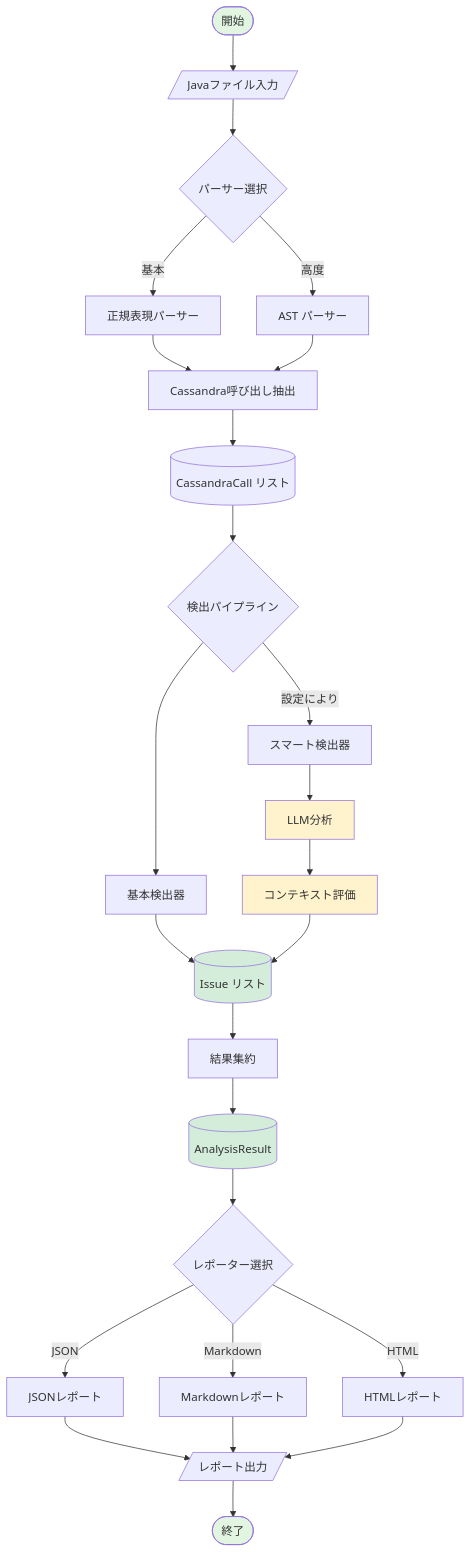
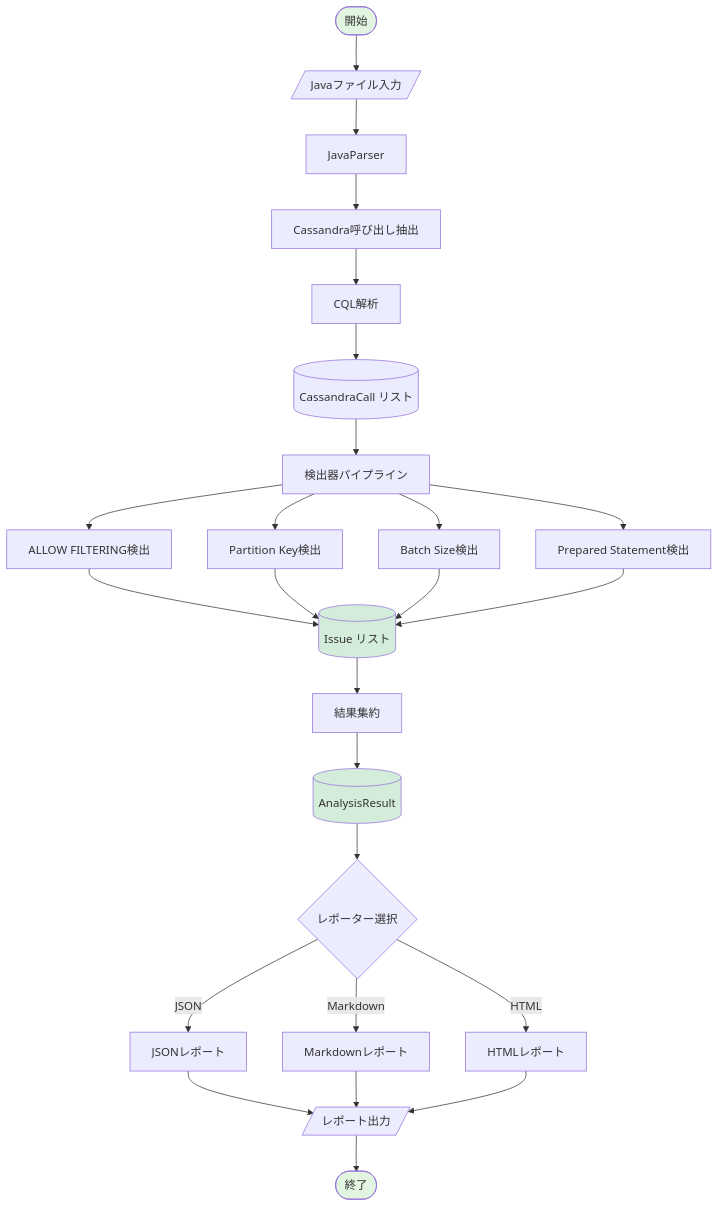
One commit to KEIEI-NET/4J_Claude changed the first of 3 diagrams in phase1_cassandra/README_CASSANDRA.md. Above: the diagram before and after it, drawn with Mermaid. The commit also changed other lines of this file and 74 other files, not shown here.

````diff
--- a/phase1_cassandra/README_CASSANDRA.md
+++ b/phase1_cassandra/README_CASSANDRA.md
@@ -46,45 +44,41 @@
 ```mermaid
 flowchart TB
     Start([開始]) --> Input[/Javaファイル入力/]
-    Input --> Parser{パーサー選択}
+    Input --> Parser[JavaParser]
 
-    Parser --> |基本| RegexParser[正規表現パーサー]
-    Parser --> |高度| ASTParser[AST パーサー]
+    Parser --> Extract[Cassandra呼び出し抽出]
+    Extract --> CQLParser[CQL解析]
 
-    RegexParser --> Extract[Cassandra呼び出し抽出]
-    ASTParser --> Extract
+    CQLParser --> Calls[(CassandraCall リスト)]
 
-    Extract --> Calls[(CassandraCall リスト)]
+    Calls --> Detectors[検出器パイプライン]
 
-    Calls --> DetectorPipeline{検出パイプライン}
+    Detectors --> AF[ALLOW FILTERING検出]
+    Detectors --> PK[Partition Key検出]
+    Detectors --> BS[Batch Size検出]
+    Detectors --> PS[Prepared Statement検出]
 
-    DetectorPipeline --> BasicDetectors[基本検出器]
-    DetectorPipeline --> |設定により| SmartDetectors[スマート検出器]
-
-    BasicDetectors --> Issues[(Issue リスト)]
-
-    SmartDetectors --> LLMAnalysis[LLM分析]
-    LLMAnalysis --> ContextEval[コンテキスト評価]
-    ContextEval --> Issues
+    AF --> Issues[(Issue リスト)]
+    PK --> Issues
+    BS --> Issues
+    PS --> Issues
 
     Issues --> Aggregation[結果集約]
     Aggregation --> Result[(AnalysisResult)]
 
     Result --> Reporter{レポーター選択}
     Reporter --> |JSON| JSONReport[JSONレポート]
     Reporter --> |Markdown| MDReport[Markdownレポート]
     Reporter --> |HTML| HTMLReport[HTMLレポート]
 
     JSONReport --> Output[/レポート出力/]
     MDReport --> Output
     HTMLReport --> Output
 
     Output --> End([終了])
 
     style Start fill:#e1f5e1
     style End fill:#e1f5e1
-    style LLMAnalysis fill:#fff3cd
-    style ContextEval fill:#fff3cd
     style Issues fill:#d4edda
     style Result fill:#d4edda
 ```
````
